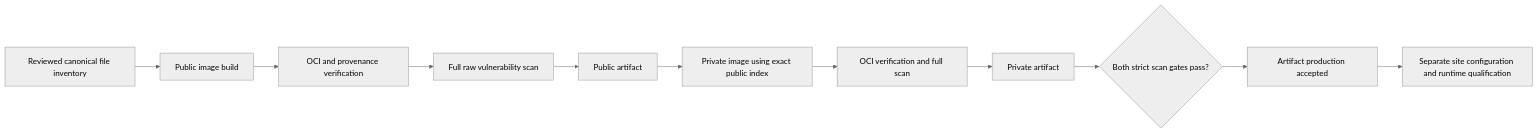
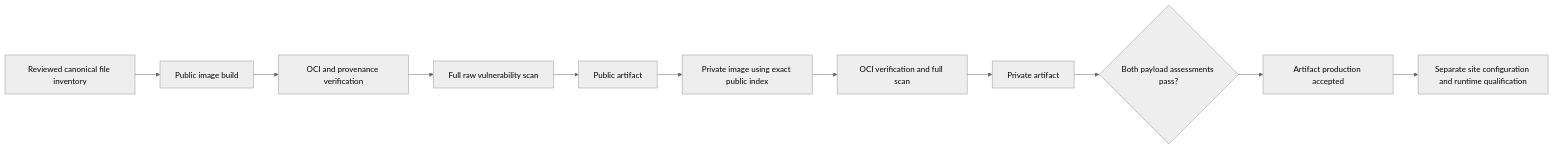
One commit to victron-venus/venus-os-ci-toolkit changed the diagram in docs/RUNNER_IMAGE_ARTIFACTS.md. Above: the diagram before and after it, drawn with Mermaid (neutral theme). The commit also changed other lines of this file and 14 other files, not shown here.

````diff
--- a/docs/RUNNER_IMAGE_ARTIFACTS.md
+++ b/docs/RUNNER_IMAGE_ARTIFACTS.md
@@ -15,13 +15,13 @@
 ```mermaid
 flowchart LR
     A[Reviewed canonical file inventory] --> B[Public image build]
     B --> C[OCI and provenance verification]
     C --> D[Full raw vulnerability scan]
     D --> E[Public artifact]
     E --> F[Private image using exact public index]
     F --> G[OCI verification and full scan]
     G --> H[Private artifact]
-    H --> I{Both strict scan gates pass?}
+    H --> I{Both payload assessments pass?}
     I --> J[Artifact production accepted]
     J --> K[Separate site configuration and runtime qualification]
 ```
````
